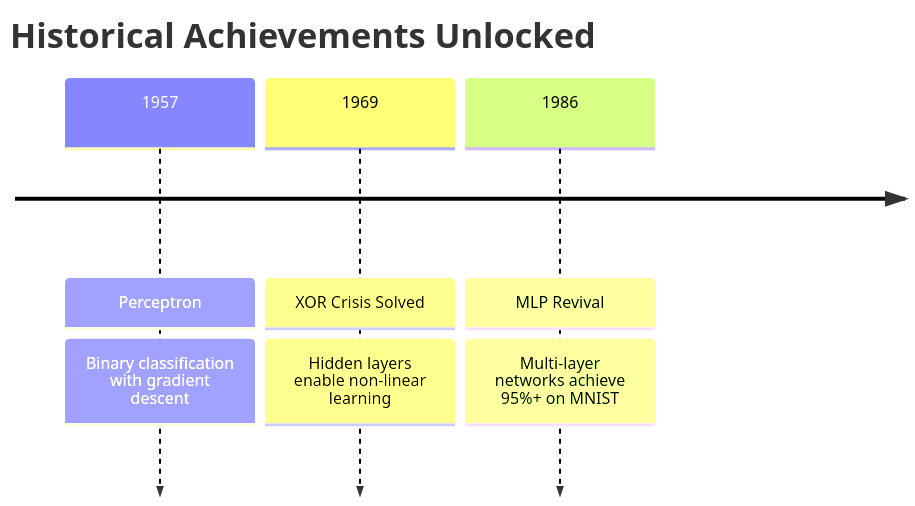
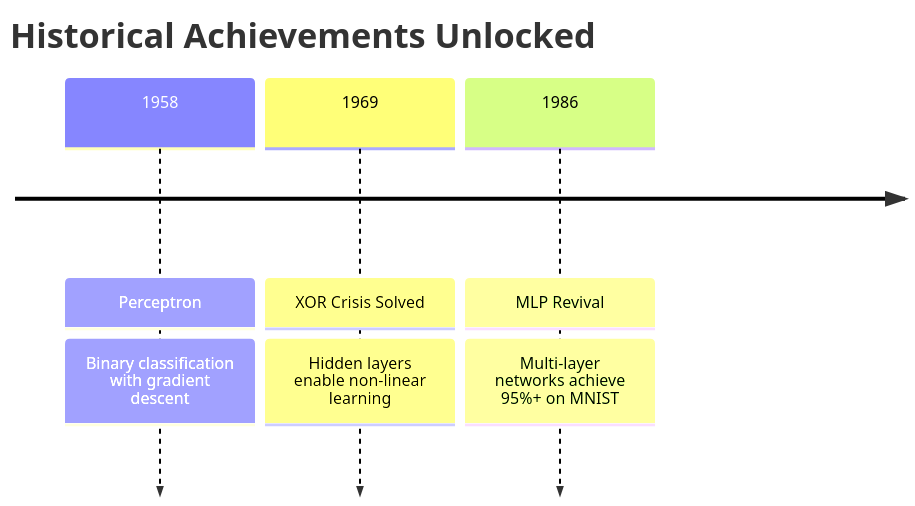
The second of 2 diagrams in tinytorch/site/tiers/foundation.md (harvard-edge/cs249r_book), drawn with Mermaid before and after one commit. The commit also changed other lines of this file and 27 other files, not shown here.

````diff
--- a/tinytorch/site/tiers/foundation.md
+++ b/tinytorch/site/tiers/foundation.md
@@ -171,9 +171,9 @@
 ```{mermaid}
 :align: center
 :caption: "**Foundation Tier Milestones.** After completing modules 01-08, you unlock three historical achievements spanning three decades of neural network breakthroughs."
 timeline
     title Historical Achievements Unlocked
-    1957 : Perceptron : Binary classification with gradient descent
+    1958 : Perceptron : Binary classification with gradient descent
     1969 : XOR Crisis Solved : Hidden layers enable non-linear learning
     1986 : MLP Revival : Multi-layer networks achieve 95%+ on MNIST
 ```
````
